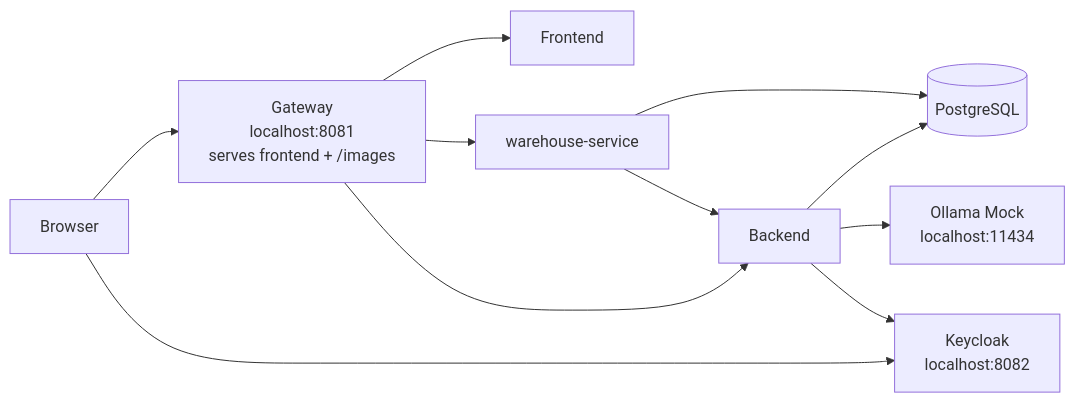
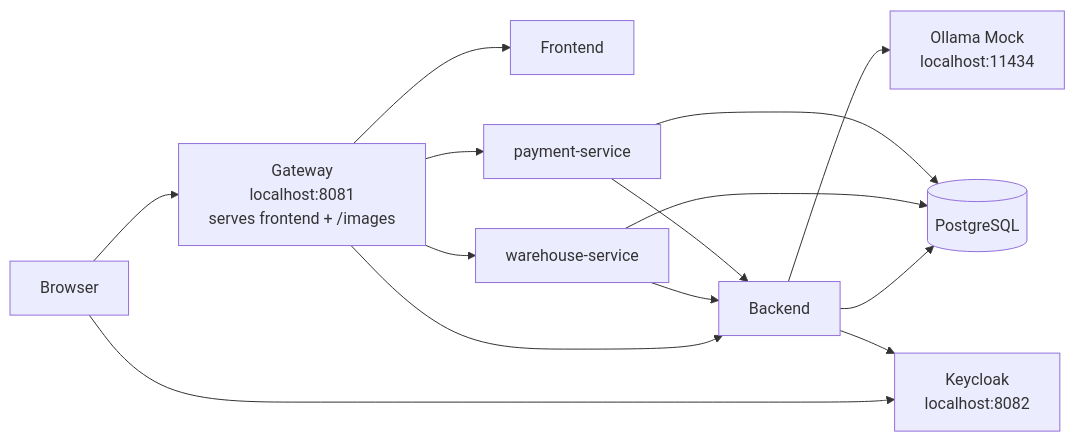
The diagram in docs/STUDENT_GUIDE.md (slawekradzyminski/awesome-localstack), drawn with Mermaid before and after one commit. The commit also changed other lines of this file and 41 other files, not shown here.

````diff
--- a/docs/STUDENT_GUIDE.md
+++ b/docs/STUDENT_GUIDE.md
@@ -44,22 +46,26 @@
 ```mermaid
 flowchart LR
     U[Browser]
     G[Gateway<br/>localhost:8081<br/>serves frontend + /images]
     F[Frontend]
     B[Backend]
     W[warehouse-service]
+    PS[payment-service]
     P[(PostgreSQL)]
     K[Keycloak<br/>localhost:8082]
     O[Ollama Mock<br/>localhost:11434]
 
     U --> G
     U --> K
     G --> F
     G --> B
     G --> W
+    G --> PS
     W --> B
+    PS --> B
     B --> P
     W --> P
+    PS --> P
     B --> K
     B --> O
 ```
````
